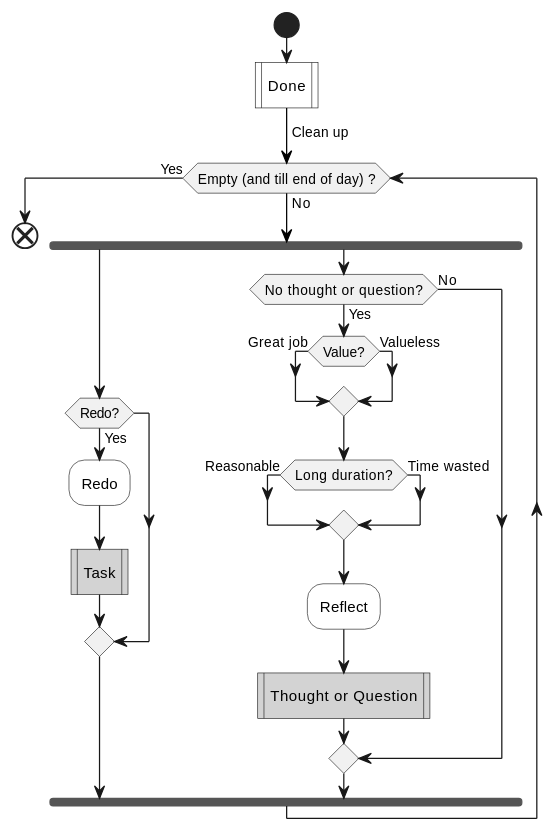
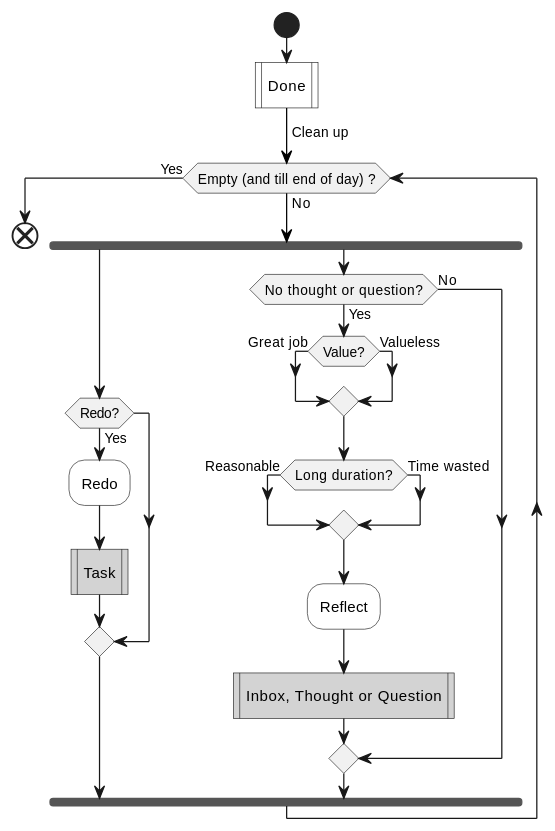
The fourth of 4 diagrams in lifelogs/rehabilitation.md (IceHe/icehe-lib), drawn with PlantUML before and after one commit. The commit also changed other lines of this file, not shown here.

````diff
--- a/lifelogs/rehabilitation.md
+++ b/lifelogs/rehabilitation.md
@@ -347,28 +349,28 @@
 ```plantuml
 @startuml
 start
 #white:Done|
 -[#black]-> Clean up;
 while (Empty (and till end of day) ?) is (No)
     fork
         if (Redo?) then (Yes)
             #white:Redo;
             #lightGray:Task|
         endif
     fork again
         if (No thought or question?) then (Yes)
             if (Value?) then (Great job)
             else (Valueless)
             endif
             if (Long duration?) then (Reasonable)
             else (Time wasted)
             endif
             #white:Reflect;
-            #lightGray:Thought or Question|
+            #lightGray:Inbox, Thought or Question|
         else (No)
         endif
     end fork
 endwhile (Yes)
 end
 @enduml
 ```
````
